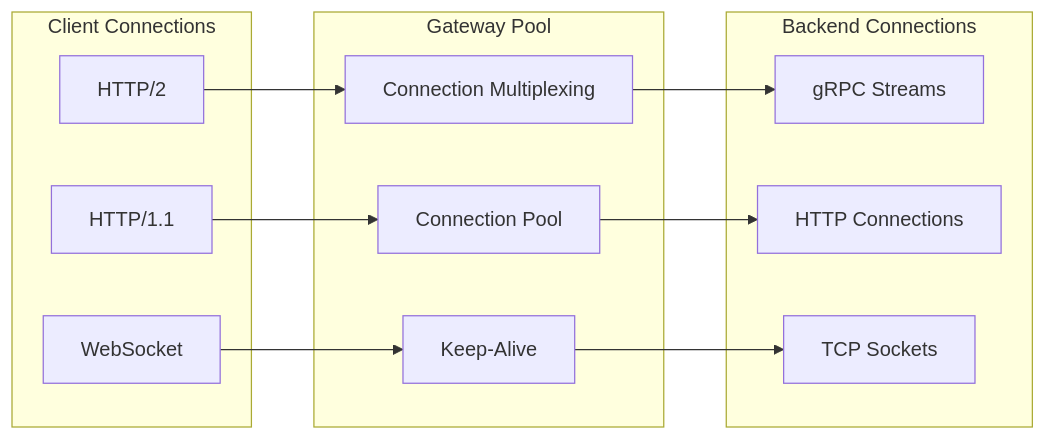
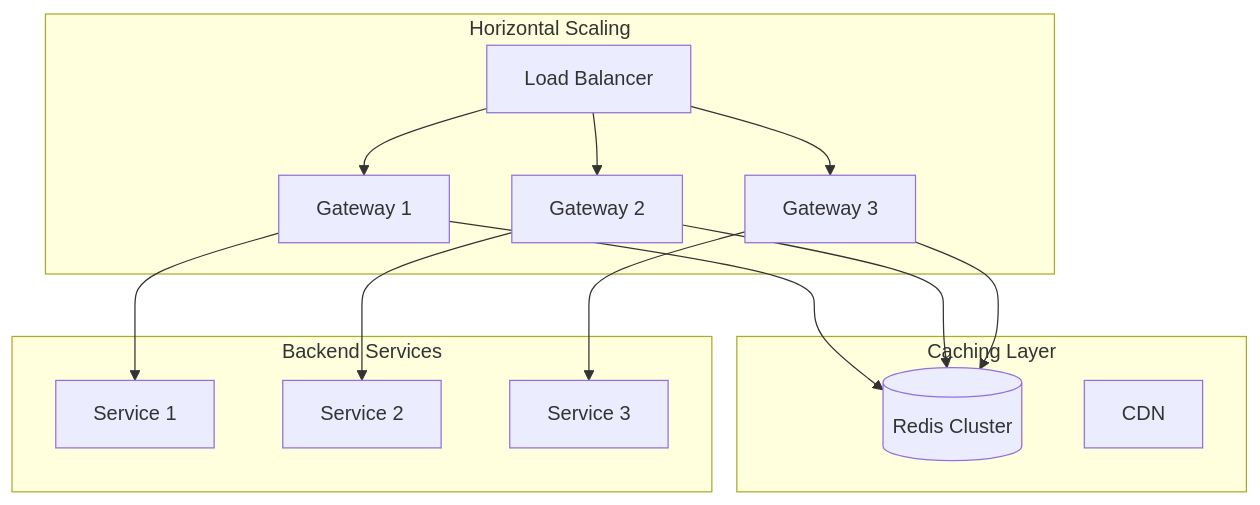
One commit to Ritahchanger/system_design changed the sixth of 7 diagrams in api-gateways/README.md. Above: the diagram before and after it, drawn with Mermaid. The commit also changed other lines of this file and 8 other files, not shown here.

Commit message:
Add comprehensive API Gateway documentation: architecture, routing, caching, scaling, security, monitoring, patterns, and pros/cons

````diff
--- a/api-gateways/README.md
+++ b/api-gateways/README.md
@@ -522,28 +200,32 @@
 ```mermaid
-graph LR
-    subgraph "Client Connections"
-        HTTP1[HTTP/1.1]
-        HTTP2[HTTP/2]
-        WebSocket[WebSocket]
+graph TB
+    subgraph "Horizontal Scaling"
+        LB[Load Balancer]
+        GW1[Gateway 1]
+        GW2[Gateway 2]
+        GW3[Gateway 3]
     end
     
-    subgraph "Gateway Pool"
-        Pool[Connection Pool]
-        KeepAlive[Keep-Alive]
-        Multiplexing[Connection Multiplexing]
+    subgraph "Caching Layer"
+        Redis[(Redis Cluster)]
+        CDN[CDN]
     end
     
-    subgraph "Backend Connections"
-        gRPC[gRPC Streams]
-        HTTP[HTTP Connections]
-        TCP[TCP Sockets]
+    subgraph "Backend Services"
+        S1[Service 1]
+        S2[Service 2]
+        S3[Service 3]
     end
     
-    HTTP1 --> Pool
-    HTTP2 --> Multiplexing
-    WebSocket --> KeepAlive
+    LB --> GW1
+    LB --> GW2
+    LB --> GW3
     
-    Pool --> HTTP
-    Multiplexing --> gRPC
-    KeepAlive --> TCP
+    GW1 --> Redis
+    GW2 --> Redis
+    GW3 --> Redis
+    
+    GW1 --> S1
+    GW2 --> S2
+    GW3 --> S3
 ```
````
